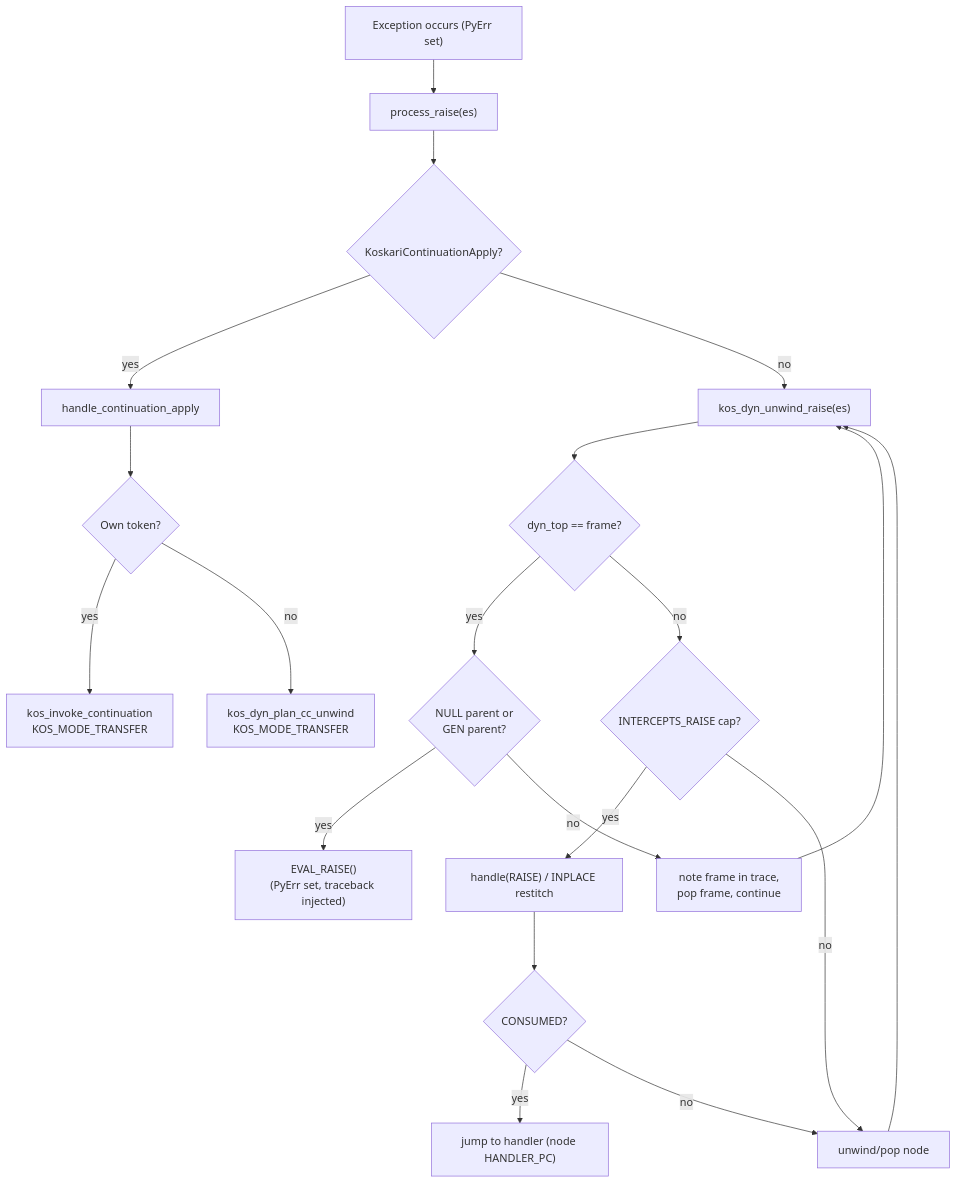
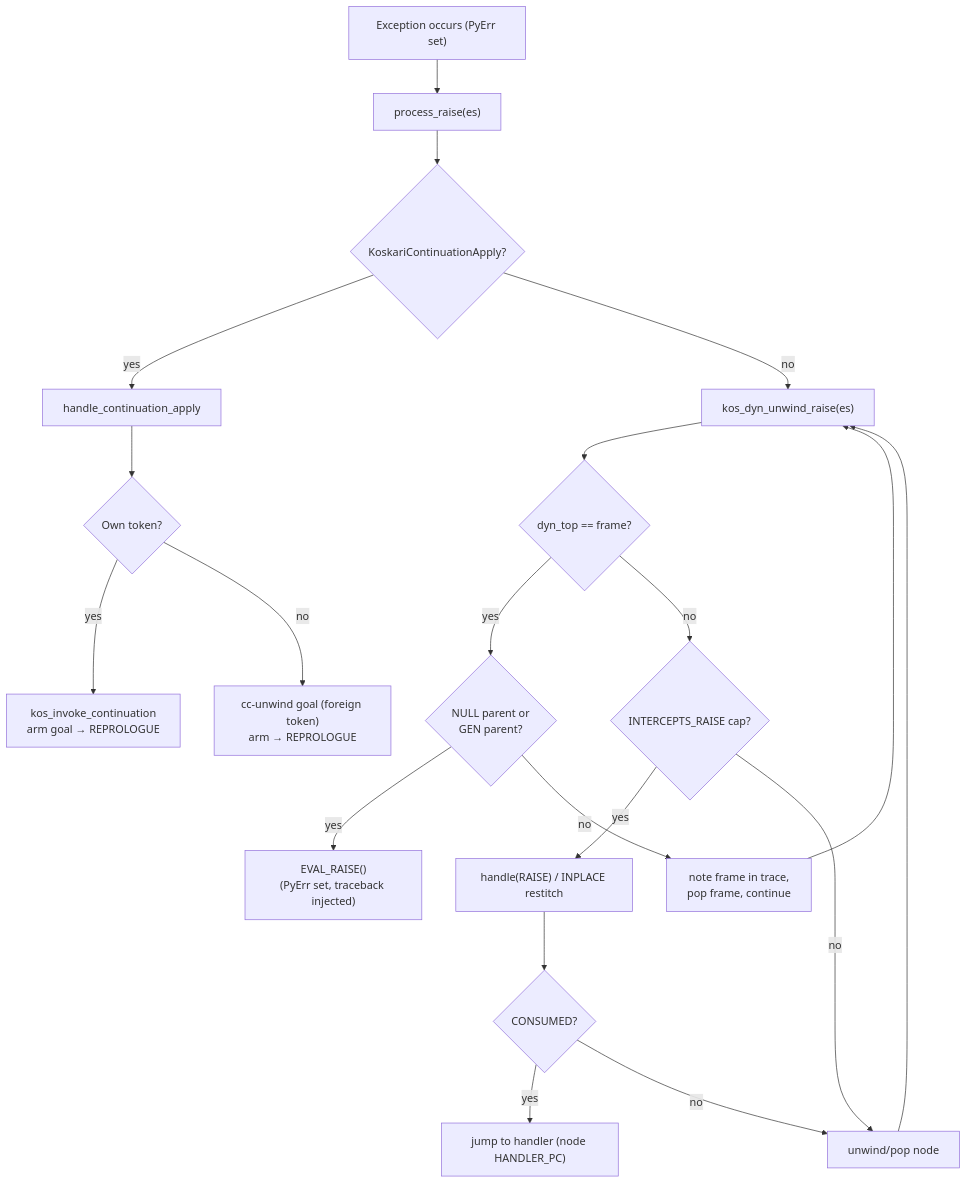
Before and after one commit to koskari-lang/koskari: the ninth of 12 diagrams in design/EVALUATOR.md, drawn with Mermaid. The commit also changed other lines of this file and 22 other files, not shown here.

````diff
--- a/design/EVALUATOR.md
+++ b/design/EVALUATOR.md
@@ -676,40 +650,40 @@
 ```mermaid
 flowchart TD
     exc["Exception occurs (PyErr set)"]
     process["process_raise(es)"]
     cc_check{"KoskariContinuationApply?"}
     handle_cc["handle_continuation_apply"]
     own{"Own token?"}
-    invoke["kos_invoke_continuation<br/>KOS_MODE_TRANSFER"]
-    foreign["kos_dyn_plan_cc_unwind<br/>KOS_MODE_TRANSFER"]
+    invoke["kos_invoke_continuation<br/>arm goal → REPROLOGUE"]
+    foreign["cc-unwind goal (foreign token)<br/>arm → REPROLOGUE"]
     try_local["kos_dyn_unwind_raise(es)"]
     gate{"INTERCEPTS_RAISE cap?"}
     dispatch["handle(RAISE) / INPLACE restitch"]
     consumed{"CONSUMED?"}
     jump["jump to handler (node HANDLER_PC)"]
     pop["unwind/pop node"]
     frame_edge{"dyn_top == frame?"}
     cross["note frame in trace,<br/>pop frame, continue"]
     exit_edge{"NULL parent or<br/>GEN parent?"}
     no_handler["EVAL_RAISE()<br/>(PyErr set, traceback injected)"]
 
     exc --> process
     process --> cc_check
     cc_check -->|yes| handle_cc
     handle_cc --> own
     own -->|yes| invoke
     own -->|no| foreign
     cc_check -->|no| try_local
     try_local --> frame_edge
     frame_edge -->|yes| exit_edge
     exit_edge -->|yes| no_handler
     exit_edge -->|no| cross
     cross --> try_local
     frame_edge -->|no| gate
     gate -->|yes| dispatch
     dispatch --> consumed
     consumed -->|yes| jump
     consumed -->|no| pop
     gate -->|no| pop
     pop --> try_local
 ```
````
